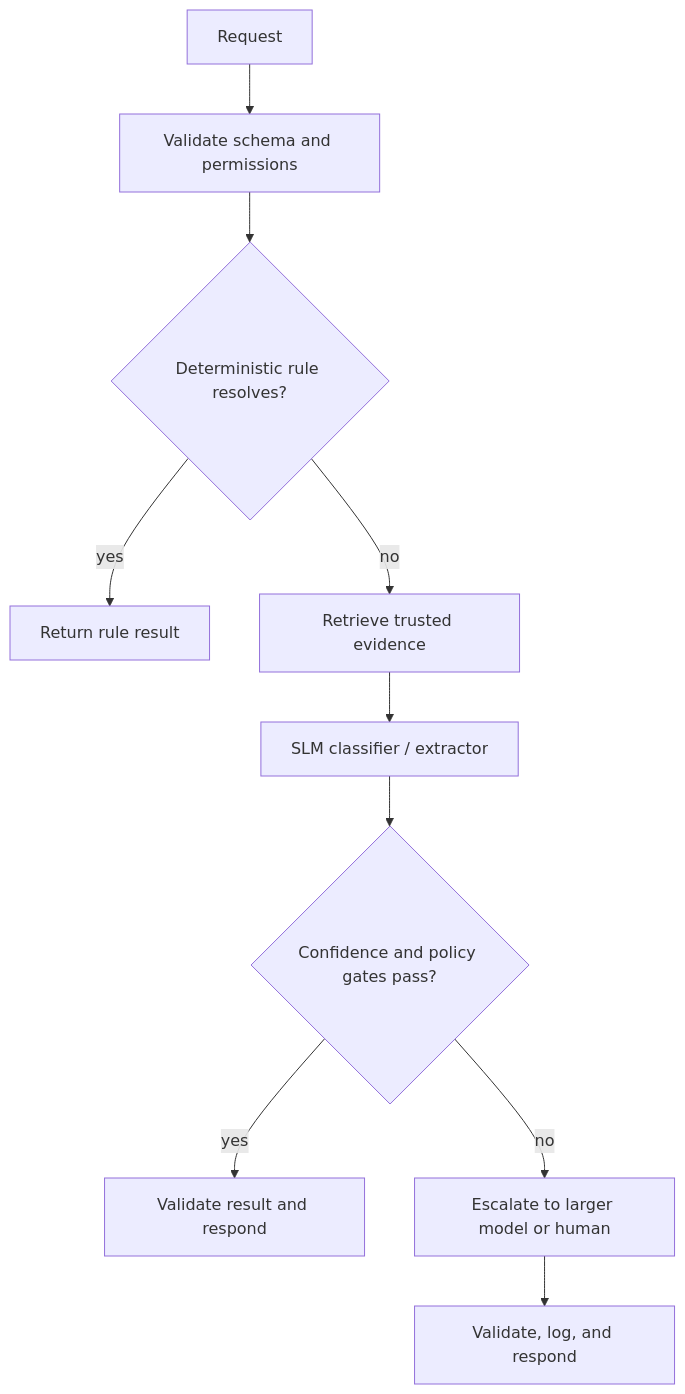
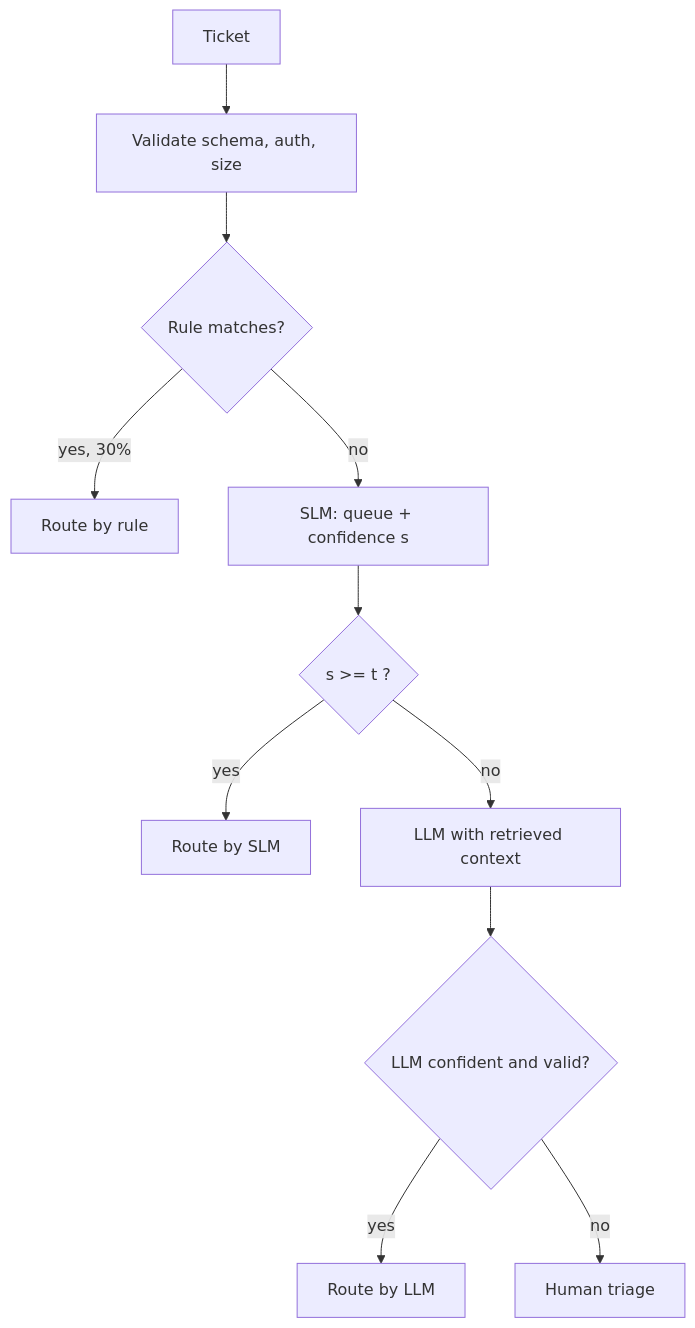
The diagram in content/practical-slm-decision-models/10-hybrid-architectures.md (vkdev01/engineering-notes), drawn with Mermaid before and after one commit. The commit also changed other lines of this file and 20 other files, not shown here.

````diff
--- a/content/practical-slm-decision-models/10-hybrid-architectures.md
+++ b/content/practical-slm-decision-models/10-hybrid-architectures.md
@@ -17,12 +23,13 @@
-~~~mermaid
+```mermaid
 flowchart TD
-  A[Request] --> B[Validate schema and permissions]
-  B --> C{Deterministic rule resolves?}
-  C -->|yes| D[Return rule result]
-  C -->|no| E[Retrieve trusted evidence]
-  E --> F[SLM classifier / extractor]
-  F --> G{Confidence and policy gates pass?}
-  G -->|yes| H[Validate result and respond]
-  G -->|no| I[Escalate to larger model or human]
-  I --> J[Validate, log, and respond]
-~~~
+  A[Ticket] --> B[Validate schema, auth, size]
+  B --> C{Rule matches?}
+  C -->|yes, 30%| R[Route by rule]
+  C -->|no| D[SLM: queue + confidence s]
+  D --> E{s >= t ?}
+  E -->|yes| S[Route by SLM]
+  E -->|no| F[LLM with retrieved context]
+  F --> G{LLM confident and valid?}
+  G -->|yes| L[Route by LLM]
+  G -->|no| H[Human triage]
+```
````
